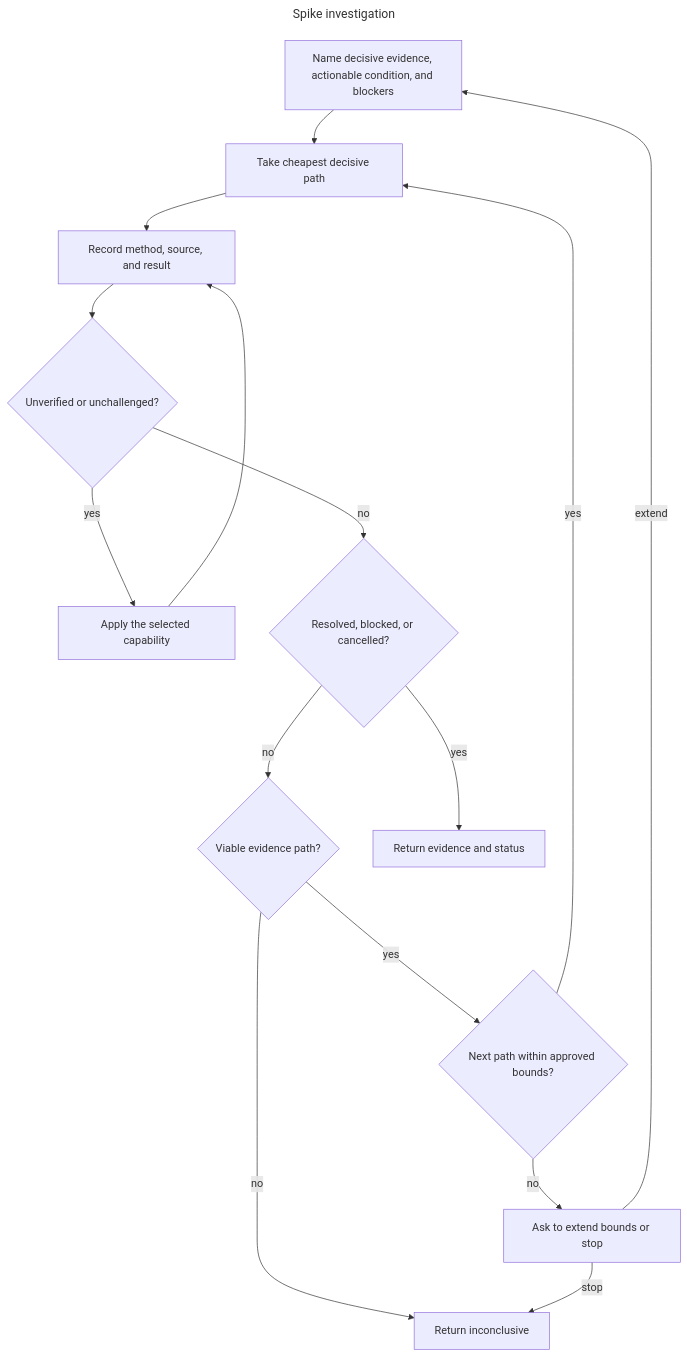
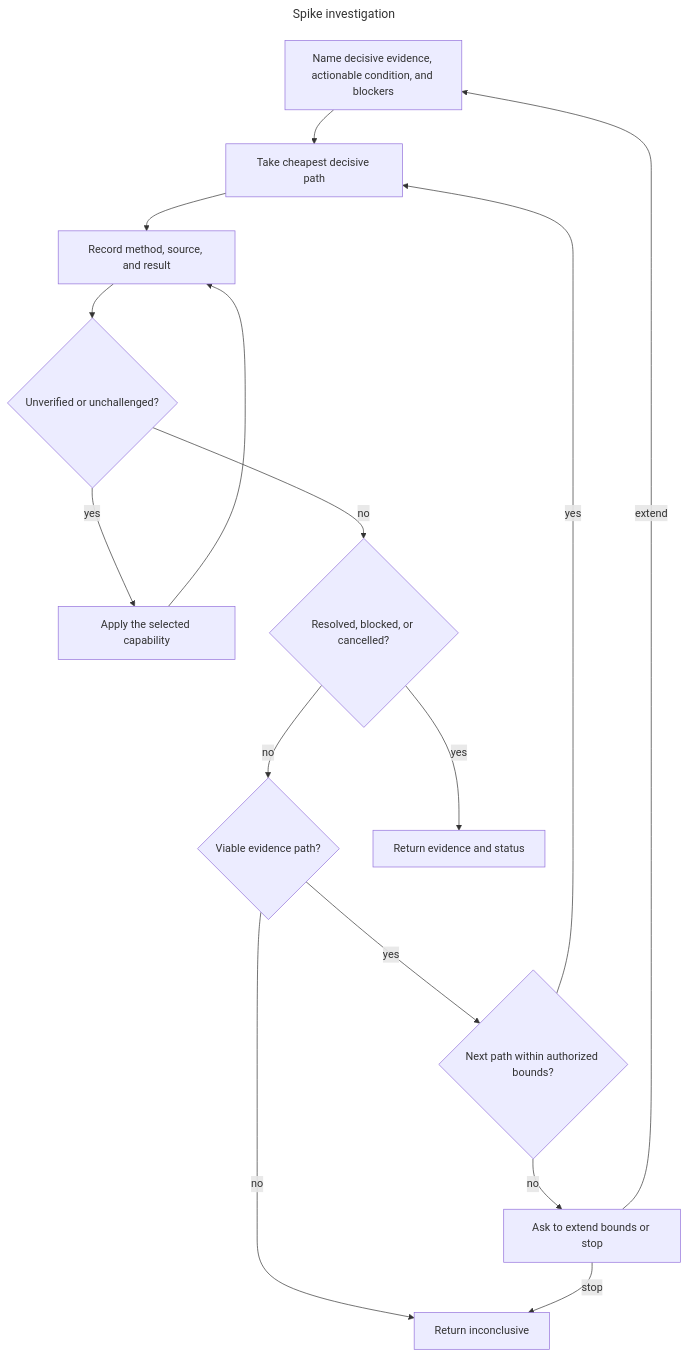
One commit to ai-driven-dev/aidd-framework changed the diagram in plugins/aidd-pm/skills/05-spike/references/investigation.md. Above: the diagram before and after it, drawn with Mermaid. The commit also changed 92 other files, not shown here.

````diff
--- a/plugins/aidd-pm/skills/05-spike/references/investigation.md
+++ b/plugins/aidd-pm/skills/05-spike/references/investigation.md
@@ -5,32 +5,32 @@
 ```mermaid
 ---
 title: Spike investigation
 ---
 flowchart TD
   Frame["Name decisive evidence, actionable condition, and blockers"]
   Attempt["Take cheapest decisive path"]
   Record["Record method, source, and result"]
   Check{"Unverified or unchallenged?"}
   Verify["Apply the selected capability"]
   Outcome{"Resolved, blocked, or cancelled?"}
   Path{"Viable evidence path?"}
-  Bounds{"Next path within approved bounds?"}
+  Bounds{"Next path within authorized bounds?"}
   Ask["Ask to extend bounds or stop"]
   Inconclusive["Return inconclusive"]
   Done["Return evidence and status"]
 
   Frame --> Attempt
   Attempt --> Record
   Record --> Check
   Check -- yes --> Verify
   Verify --> Record
   Check -- no --> Outcome
   Outcome -- yes --> Done
   Outcome -- no --> Path
   Path -- no --> Inconclusive
   Path -- yes --> Bounds
   Bounds -- yes --> Attempt
   Bounds -- no --> Ask
   Ask -- extend --> Frame
   Ask -- stop --> Inconclusive
 ```
````
